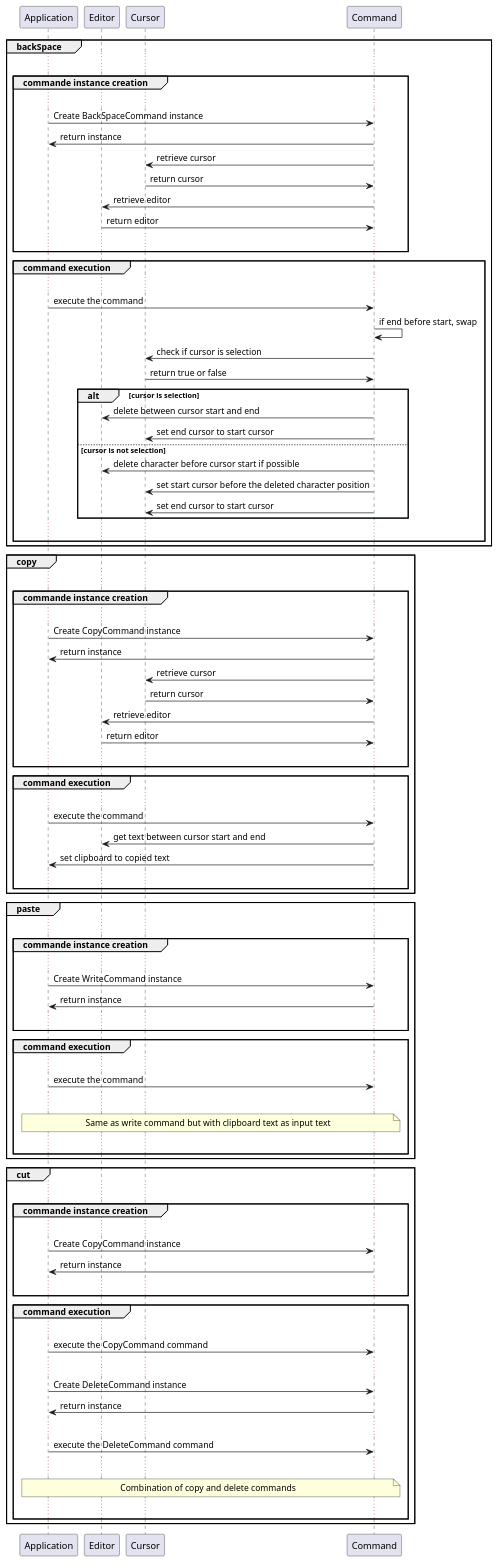
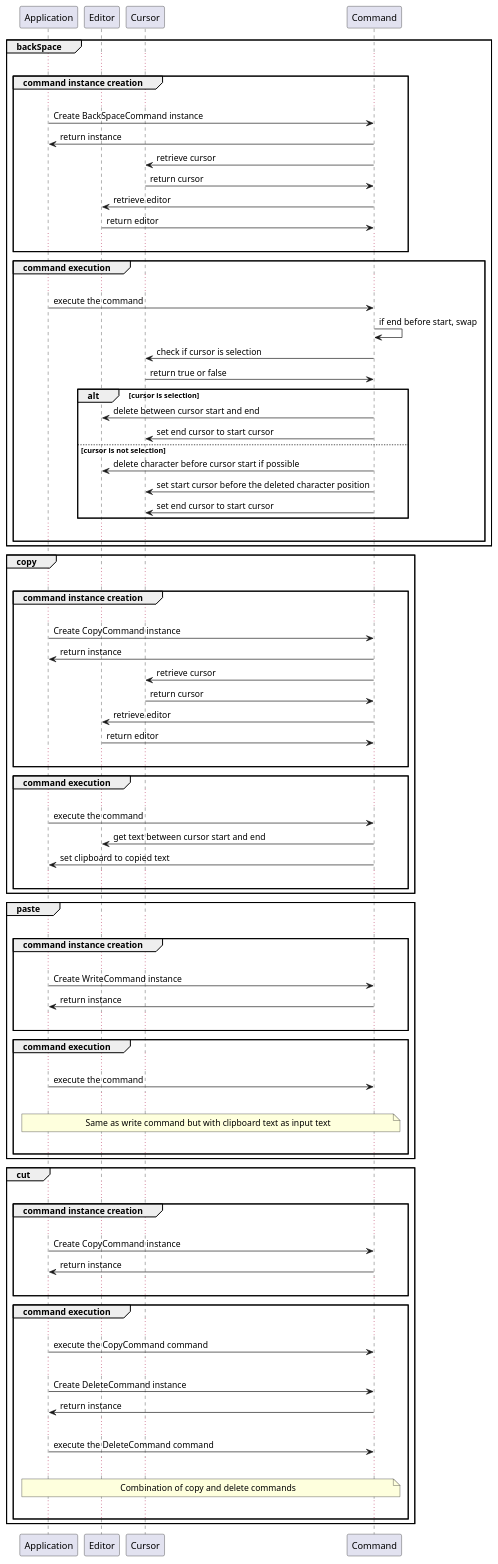
The third of 9 diagrams in README.md (CodyAdam/another-useless-text-editor), drawn with PlantUML before and after one commit. The commit also changed other lines of this file, not shown here.

```diff
--- a/README.md
+++ b/README.md
@@ -354,7 +354,7 @@
 
 group backSpace
 ...
-    group commande instance creation
+    group command instance creation
     ...
         app -> com: Create BackSpaceCommand instance
         com -> app: return instance
@@ -384,7 +384,7 @@
 
 group copy
 ...
-    group commande instance creation
+    group command instance creation
     ...
         app -> com: Create CopyCommand instance
         com -> app: return instance
@@ -404,7 +404,7 @@
 end
 group paste 
 ...
-    group commande instance creation
+    group command instance creation
     ...
         app -> com: Create WriteCommand instance
         com -> app: return instance
@@ -420,7 +420,7 @@
 end
 group cut 
 ...
-    group commande instance creation
+    group command instance creation
     ...
         app -> com: Create CopyCommand instance
         com -> app: return instance
```
